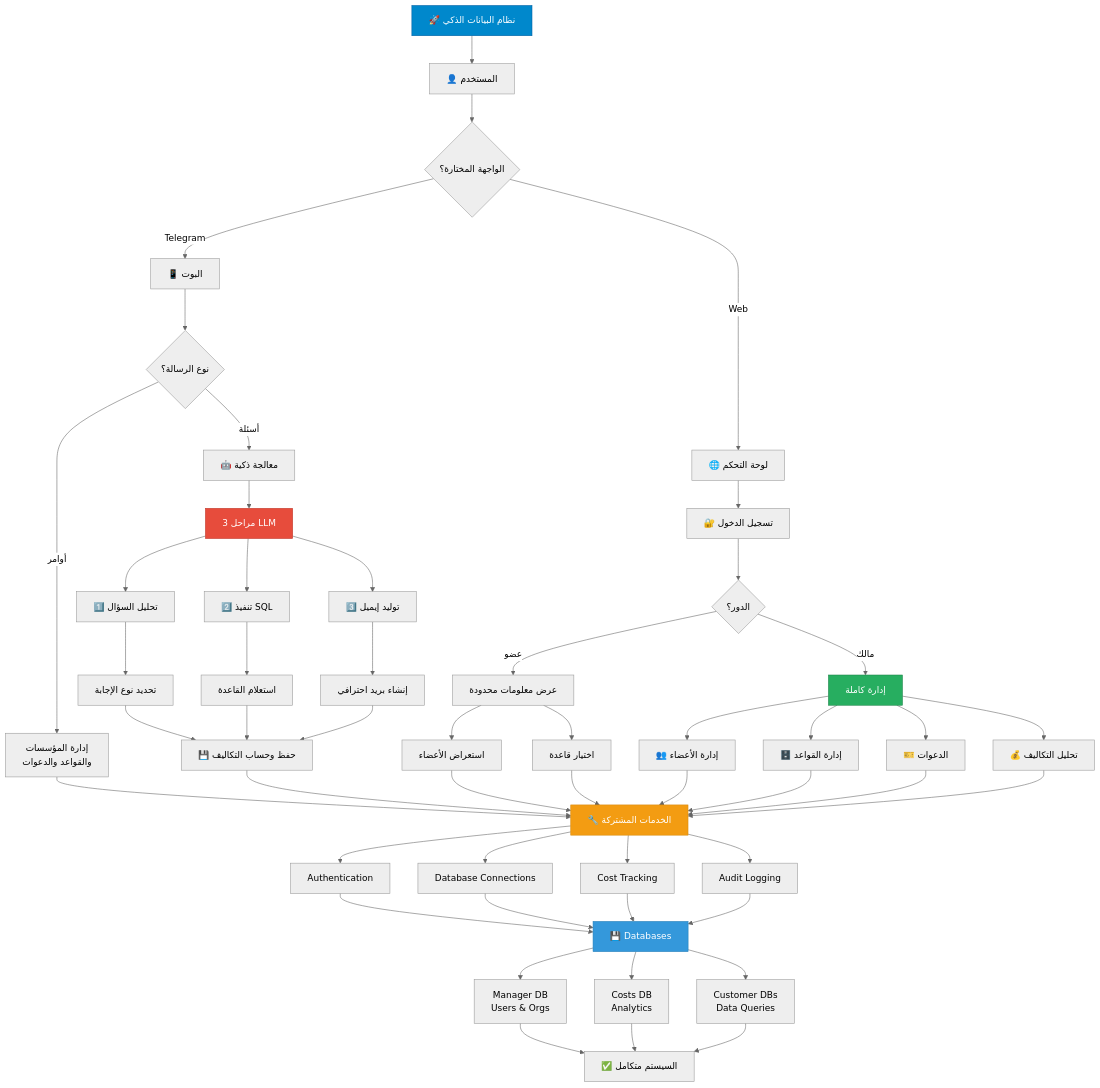
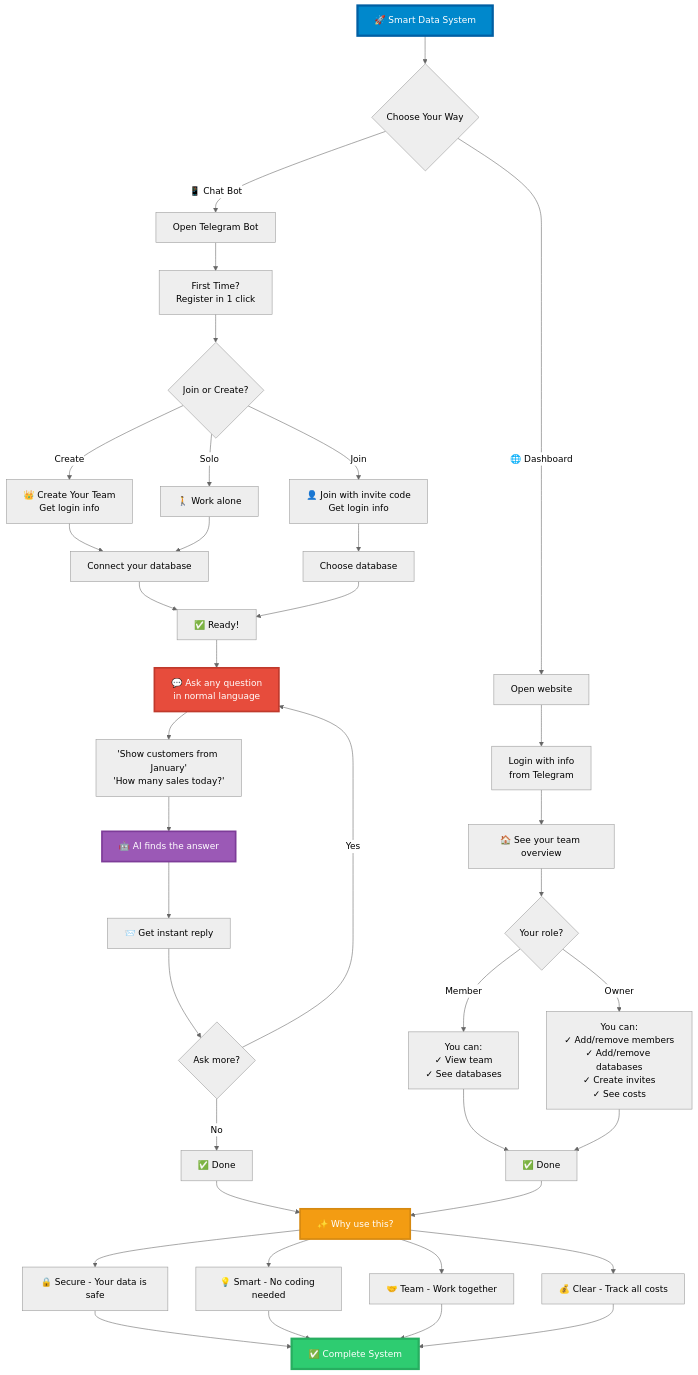
The diagram in README.md (Bek0/AI-Telegram-Bot), drawn with Mermaid (neutral theme) before and after one commit. The commit also changed other lines of this file, not shown here.

First line of the commit message:
Revise workflow diagrams and project structure

````diff
--- a/README.md
+++ b/README.md
@@ -5,77 +5,61 @@
 ```mermaid
 graph TD
-    Start["🚀 نظام البيانات الذكي"] --> User["👤 المستخدم"]
+    Start["🚀 Smart Data System"] --> Choose{Choose Your Way}
     
-    User --> Choice{الواجهة المختارة؟}
+    %% ===== TELEGRAM BOT =====
+    Choose -->|"📱 Chat Bot"| Bot["Open Telegram Bot"]
+    Bot --> Setup["First Time?<br/>Register in 1 click"]
+    Setup --> Team{Join or Create?}
     
-    %% ===== BOT FLOW =====
-    Choice -->|Telegram| TG["📱 البوت"]
-    TG --> TG1{نوع الرسالة؟}
+    Team -->|Create| Owner["👑 Create Your Team<br/>Get login info"]
+    Team -->|Join| Member["👤 Join with invite code<br/>Get login info"]
+    Team -->|Solo| Solo["🚶 Work alone"]
     
-    TG1 -->|أوامر| CMD["إدارة المؤسسات<br/>والقواعد والدعوات"]
-    TG1 -->|أسئلة| QUEST["🤖 معالجة ذكية"]
+    Owner --> AddDB["Connect your database"]
+    Member --> PickDB["Choose database"]
+    Solo --> AddDB
+    AddDB --> Ready["✅ Ready!"]
+    PickDB --> Ready
     
-    QUEST --> LLM["3 مراحل LLM"]
-    LLM --> L1["1️⃣ تحليل السؤال"]
-    LLM --> L2["2️⃣ تنفيذ SQL"]
-    LLM --> L3["3️⃣ توليد إيميل"]
+    Ready --> Ask["💬 Ask any question<br/>in normal language"]
+    Ask --> Example["'Show customers from January'<br/>'How many sales today?'"]
+    Example --> Magic["🤖 AI finds the answer"]
+    Magic --> Answer["📨 Get instant reply"]
     
-    L1 --> DB1["تحديد نوع الإجابة"]
-    L2 --> DB2["استعلام القاعدة"]
-    L3 --> DB3["إنشاء بريد احترافي"]
+    Answer --> Again{Ask more?}
+    Again -->|Yes| Ask
+    Again -->|No| Done1["✅ Done"]
     
-    DB1 --> SAVE1["💾 حفظ وحساب التكاليف"]
-    DB2 --> SAVE1
-    DB3 --> SAVE1
+    %% ===== WEB DASHBOARD =====
+    Choose -->|"🌐 Dashboard"| Web["Open website"]
+    Web --> Login["Login with info<br/>from Telegram"]
+    Login --> Home["🏠 See your team overview"]
     
-    %% ===== DASHBOARD FLOW =====
-    Choice -->|Web| DASH["🌐 لوحة التحكم"]
-    DASH --> AUTH["🔐 تسجيل الدخول"]
-    AUTH --> ROLE{الدور؟}
+    Home --> Role{Your role?}
     
-    ROLE -->|عضو| MEM["عرض معلومات محدودة"]
-    ROLE -->|مالك| ADMIN["إدارة كاملة"]
+    Role -->|Member| CanView["You can:<br/>✓ View team<br/>✓ See databases"]
+    Role -->|Owner| CanManage["You can:<br/>✓ Add/remove members<br/>✓ Add/remove databases<br/>✓ Create invites<br/>✓ See costs"]
     
-    ADMIN --> TAB1["👥 إدارة الأعضاء"]
-    ADMIN --> TAB2["🗄️ إدارة القواعد"]
-    ADMIN --> TAB3["🎫 الدعوات"]
-    ADMIN --> TAB4["💰 تحليل التكاليف"]
+    CanView --> Done2["✅ Done"]
+    CanManage --> Done2
     
-    MEM --> READ1["استعراض الأعضاء"]
-    MEM --> READ2["اختيار قاعدة"]
+    %% ===== BENEFITS =====
+    Done1 --> Why["✨ Why use this?"]
+    Done2 --> Why
     
-    %% ===== SHARED BACKEND =====
-    SAVE1 --> BACKEND["🔧 الخدمات المشتركة"]
-    TAB1 --> BACKEND
-    TAB2 --> BACKEND
-    TAB3 --> BACKEND
-    TAB4 --> BACKEND
-    READ1 --> BACKEND
-    READ2 --> BACKEND
-    CMD --> BACKEND
+    Why --> B1["🔒 Secure - Your data is safe"]
+    Why --> B2["💡 Smart - No coding needed"]
+    Why --> B3["🤝 Team - Work together"]
+    Why --> B4["💰 Clear - Track all costs"]
     
-    BACKEND --> BE1["Authentication"]
-    BACKEND --> BE2["Database Connections"]
-    BACKEND --> BE3["Cost Tracking"]
-    BACKEND --> BE4["Audit Logging"]
+    B1 --> End["✅ Complete System"]
+    B2 --> End
+    B3 --> End
+    B4 --> End
     
-    %% ===== DATABASES =====
-    BE1 --> DB["💾 Databases"]
-    BE2 --> DB
-    BE3 --> DB
-    BE4 --> DB
-    
-    DB --> MGRDB["Manager DB<br/>Users & Orgs"]
-    DB --> COSTDB["Costs DB<br/>Analytics"]
-    DB --> CUSTOMERDB["Customer DBs<br/>Data Queries"]
-    
-    MGRDB --> END["✅ السيستم متكامل"]
-    COSTDB --> END
-    CUSTOMERDB --> END
-    
-    style Start fill:#0088cc,stroke:#005fa3,color:#fff
-    style LLM fill:#e74c3c,stroke:#c0392b,color:#fff
-    style ADMIN fill:#27ae60,stroke:#1e8449,color:#fff
-    style BACKEND fill:#f39c12,stroke:#d68910,color:#fff
-    style DB fill:#3498db,stroke:#2980b9,color:#fff
+    style Start fill:#0088cc,stroke:#005fa3,color:#fff,stroke-width:4px
+    style Ask fill:#e74c3c,stroke:#c0392b,color:#fff,stroke-width:3px
+    style Magic fill:#9b59b6,stroke:#7d3c98,color:#fff,stroke-width:3px
+    style Why fill:#f39c12,stroke:#d68910,color:#fff,stroke-width:3px
+    style End fill:#2ecc71,stroke:#27ae60,color:#fff,stroke-width:4px
 ```
````
